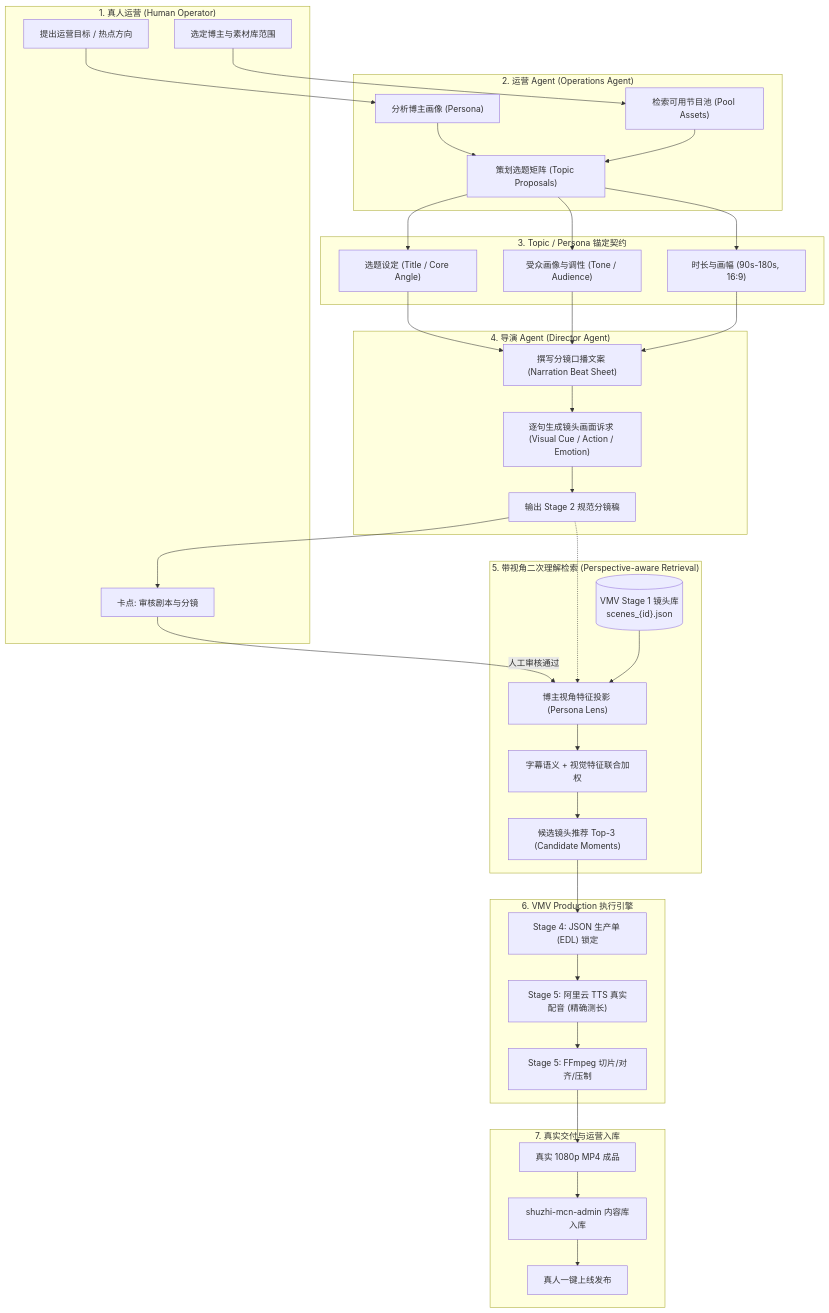
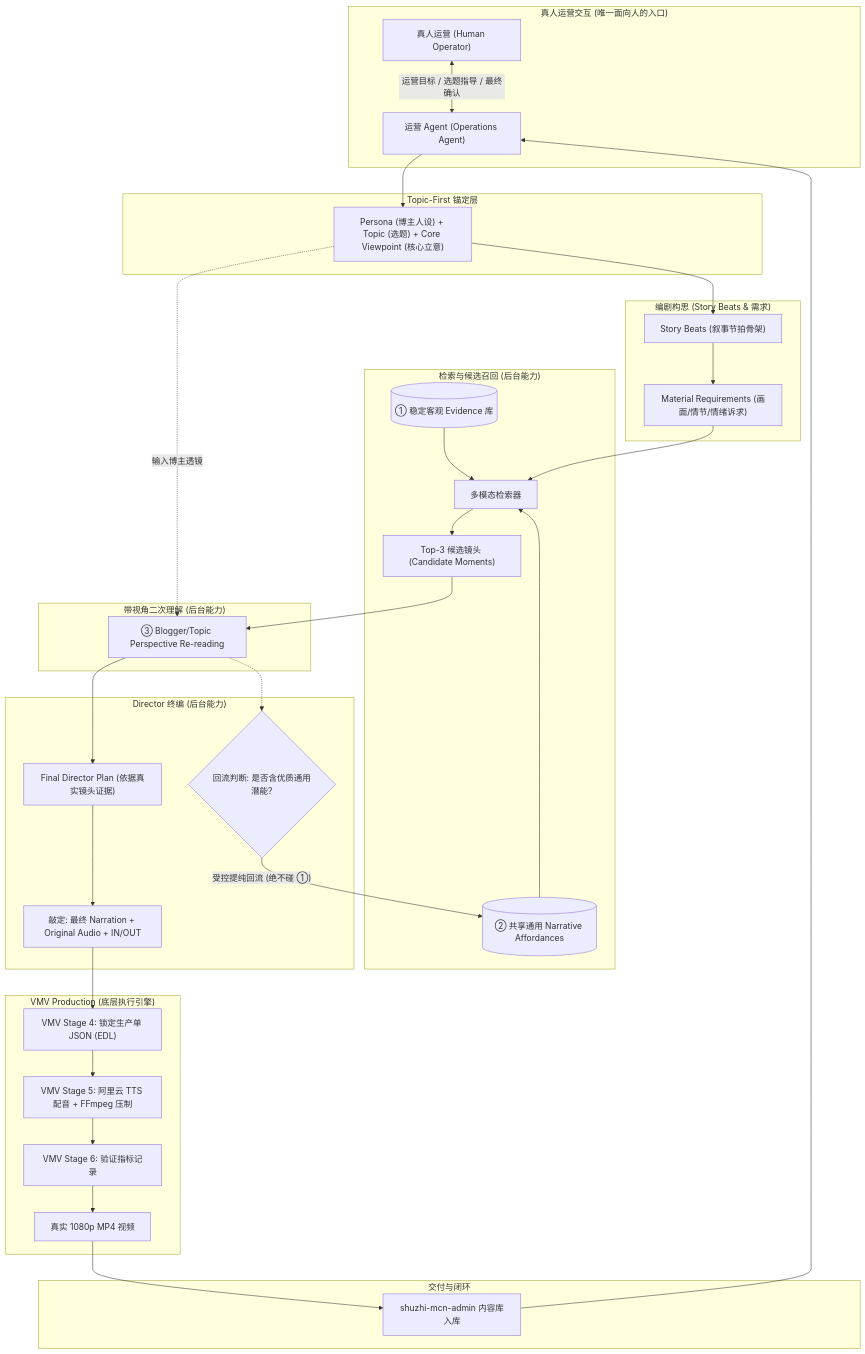
One commit to younuoqiqi1/shuzhi-mcn-admin changed the diagram in docs/agent-poc/agent-poc-architecture.md. Above: the diagram before and after it, drawn with Mermaid. The commit also changed other lines of this file and 1 other file, not shown here.

Commit message:
docs(agent-poc): revise A0 architecture with Topic-first flow and 3-layer evidence model

````diff
--- a/docs/agent-poc/agent-poc-architecture.md
+++ b/docs/agent-poc/agent-poc-architecture.md
@@ -61,61 +107,60 @@
 ```mermaid
 flowchart TD
-    subgraph HumanLayer ["1. 真人运营 (Human Operator)"]
-        H1["提出运营目标 / 热点方向"]
-        H2["选定博主与素材库范围"]
-        H3["卡点: 审核剧本与分镜"]
+    subgraph UI ["真人运营交互 (唯一面向人的入口)"]
+        H_OP["真人运营 (Human Operator)"]
+        OA["运营 Agent (Operations Agent)"]
+        H_OP <-->|"运营目标 / 选题指导 / 最终确认"| OA
     end
 
-    subgraph OperationsAgentLayer ["2. 运营 Agent (Operations Agent)"]
-        OA1["分析博主画像 (Persona)"]
-        OA2["检索可用节目池 (Pool Assets)"]
-        OA3["策划选题矩阵 (Topic Proposals)"]
+    subgraph Anchor ["Topic-First 锚定层"]
+        P_T["Persona (博主人设) + Topic (选题) + Core Viewpoint (核心立意)"]
+        OA --> P_T
     end
 
-    subgraph TopicPersonaLayer ["3. Topic / Persona 锚定契约"]
-        TP1["选题设定 (Title / Core Angle)"]
-        TP2["受众画像与调性 (Tone / Audience)"]
-        TP3["时长与画幅 (90s-180s, 16:9)"]
+    subgraph ScriptCore ["编剧构思 (Story Beats & 需求)"]
+        SB["Story Beats (叙事节拍骨架)"]
+        MR["Material Requirements (画面/情节/情绪诉求)"]
+        P_T --> SB --> MR
     end
 
-    subgraph DirectorAgentLayer ["4. 导演 Agent (Director Agent)"]
-        DA1["撰写分镜口播文案 (Narration Beat Sheet)"]
-        DA2["逐句生成镜头画面诉求 (Visual Cue / Action / Emotion)"]
-        DA3["输出 Stage 2 规范分镜稿"]
+    subgraph RetrievalService ["检索与候选召回 (后台能力)"]
+        L1[("① 稳定客观 Evidence 库")]
+        L2[("② 共享通用 Narrative Affordances")]
+        SEARCH["多模态检索器"]
+        CAND["Top-3 候选镜头 (Candidate Moments)"]
+        
+        L1 & L2 --> SEARCH
+        MR --> SEARCH --> CAND
     end
 
-    subgraph RetrievalLayer ["5. 带视角二次理解检索 (Perspective-aware Retrieval)"]
-        VMV_S1[("VMV Stage 1 镜头库<br>scenes_{id}.json")]
-        PR1["博主视角特征投影 (Persona Lens)"]
-        PR2["字幕语义 + 视觉特征联合加权"]
-        PR3["候选镜头推荐 Top-3 (Candidate Moments)"]
+    subgraph PerspectiveService ["带视角二次理解 (后台能力)"]
+        READING["③ Blogger/Topic Perspective Re-reading"]
+        P_T -.->|"输入博主透镜"| READING
+        CAND --> READING
     end
 
-    subgraph ProductionExecution ["6. VMV Production 执行引擎"]
-        VMV_S4["Stage 4: JSON 生产单 (EDL) 锁定"]
-        VMV_S5_TTS["Stage 5: 阿里云 TTS 真实配音 (精确测长)"]
-        VMV_S5_FF["Stage 5: FFmpeg 切片/对齐/压制"]
+    subgraph DirectorService ["Director 终编 (后台能力)"]
+        DP["Final Director Plan (依据真实镜头证据)"]
+        SPEC["敲定: 最终 Narration + Original Audio + IN/OUT"]
+        READING --> DP --> SPEC
+        
+        FEEDBACK{"回流判断: 是否含优质通用潜能?"}
+        READING -.-> FEEDBACK
+        FEEDBACK --"受控提纯回流 (绝不碰 ①)"--> L2
     end
 
-    subgraph FinalDelivery ["7. 真实交付与运营入库"]
-        MP4["真实 1080p MP4 成品"]
-        LIB["shuzhi-mcn-admin 内容库入库"]
-        ONLINE["真人一键上线发布"]
+    subgraph VMVEngine ["VMV Production (底层执行引擎)"]
+        S4["VMV Stage 4: 锁定生产单 JSON (EDL)"]
+        S5["VMV Stage 5: 阿里云 TTS 配音 + FFmpeg 压制"]
+        S6["VMV Stage 6: 验证指标记录"]
+        MP4["真实 1080p MP4 视频"]
+        
+        SPEC --> S4 --> S5 --> S6 --> MP4
     end
 
-    H1 --> OA1
-    H2 --> OA2
-    OA1 & OA2 --> OA3
-    OA3 --> TP1 & TP2 & TP3
-    TP1 & TP2 & TP3 --> DA1
-    DA1 --> DA2 --> DA3
-    DA3 --> H3
-    H3 --"人工审核通过"--> PR1
-    DA3 -.-> PR1
-    VMV_S1 --> PR1
-    PR1 --> PR2 --> PR3
-    PR3 --> VMV_S4
-    VMV_S4 --> VMV_S5_TTS --> VMV_S5_FF
-    VMV_S5_FF --> MP4
-    MP4 --> LIB --> ONLINE
+    subgraph Delivery ["交付与闭环"]
+        LIB["shuzhi-mcn-admin 内容库入库"]
+        MP4 --> LIB
+        LIB --> OA
+    end
 ```
````
